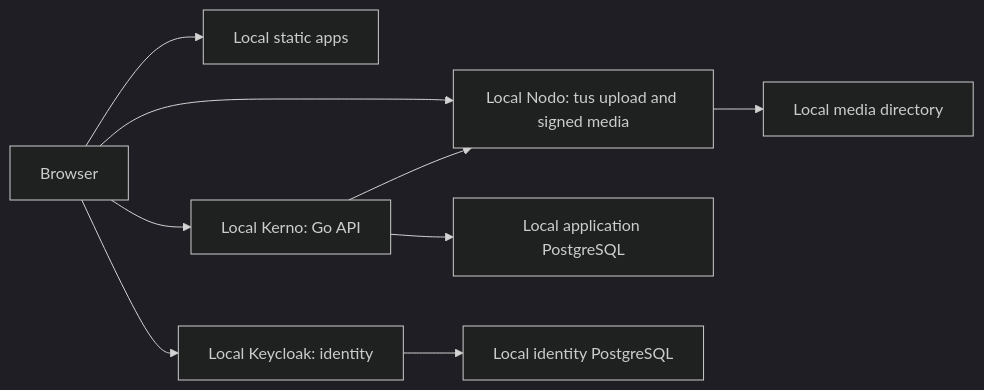
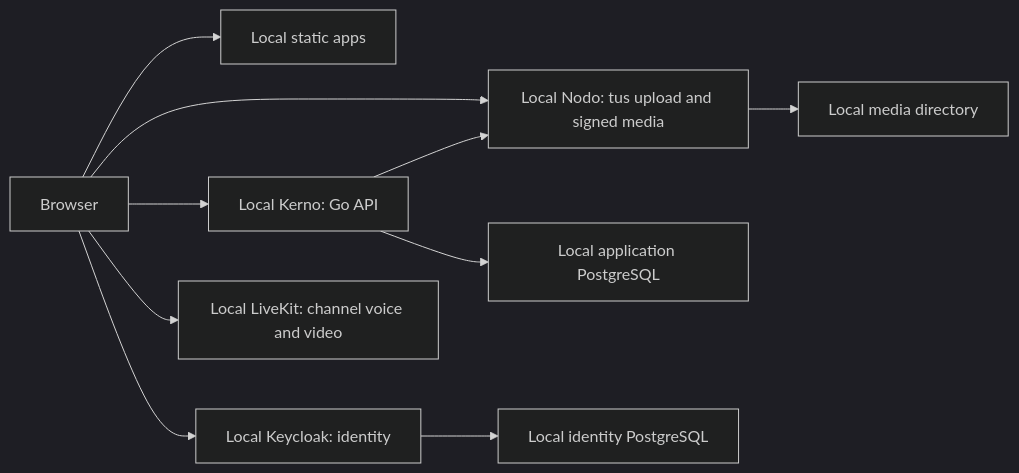
One commit to druckheil/Kaordo changed the diagram in docs/architecture.md. Above: the diagram before and after it, drawn with Mermaid (dark theme). The commit also changed other lines of this file and 50 other files, not shown here.

````diff
--- a/docs/architecture.md
+++ b/docs/architecture.md
@@ -5,11 +5,12 @@
 ```mermaid
 flowchart LR
   Browser --> Site[Local static apps]
   Browser --> Kerno[Local Kerno: Go API]
   Browser --> Keycloak[Local Keycloak: identity]
   Browser --> Nodo[Local Nodo: tus upload and signed media]
+  Browser --> LiveKit[Local LiveKit: channel voice and video]
   Kerno --> AppDB[Local application PostgreSQL]
   Keycloak --> IdentityDB[Local identity PostgreSQL]
   Kerno --> Nodo
   Nodo --> Disks[Local media directory]
 ```
````
